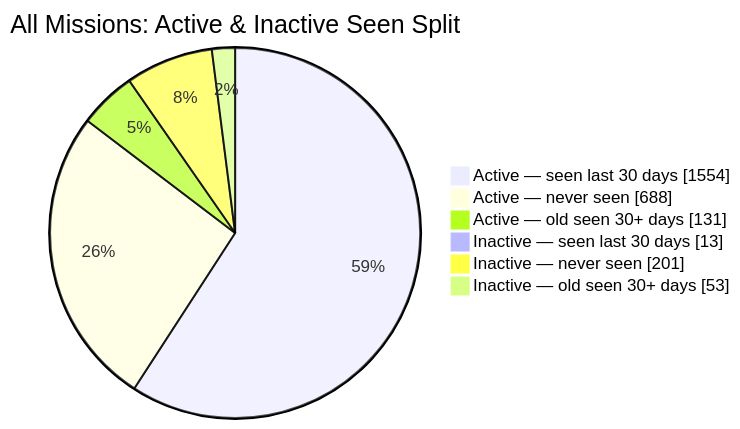
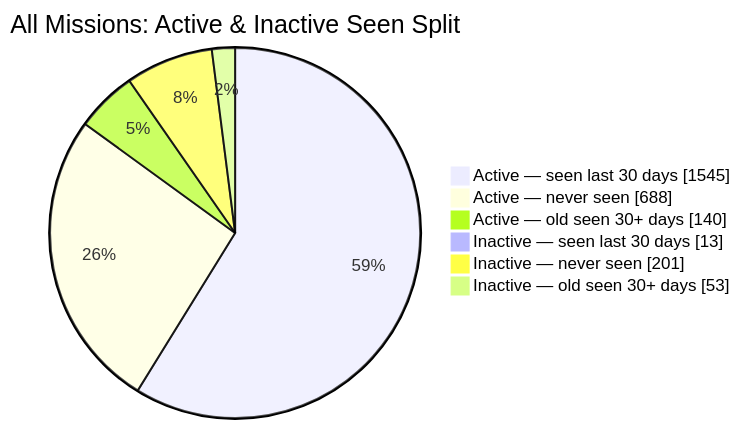
One commit to MeldkamerspelGameTeam/active-missions changed the second of 2 diagrams in README.md. Above: the diagram before and after it, drawn with Mermaid. The commit also changed other lines of this file and 2 other files, not shown here.

````diff
--- a/README.md
+++ b/README.md
@@ -44,10 +44,10 @@
 ```mermaid
 pie showData
     title All Missions: Active & Inactive Seen Split
-    "Active — seen last 30 days" : 1554
+    "Active — seen last 30 days" : 1545
     "Active — never seen" : 688
-    "Active — old seen 30+ days" : 131
+    "Active — old seen 30+ days" : 140
     "Inactive — seen last 30 days" : 13
     "Inactive — never seen" : 201
     "Inactive — old seen 30+ days" : 53
 ```
````
